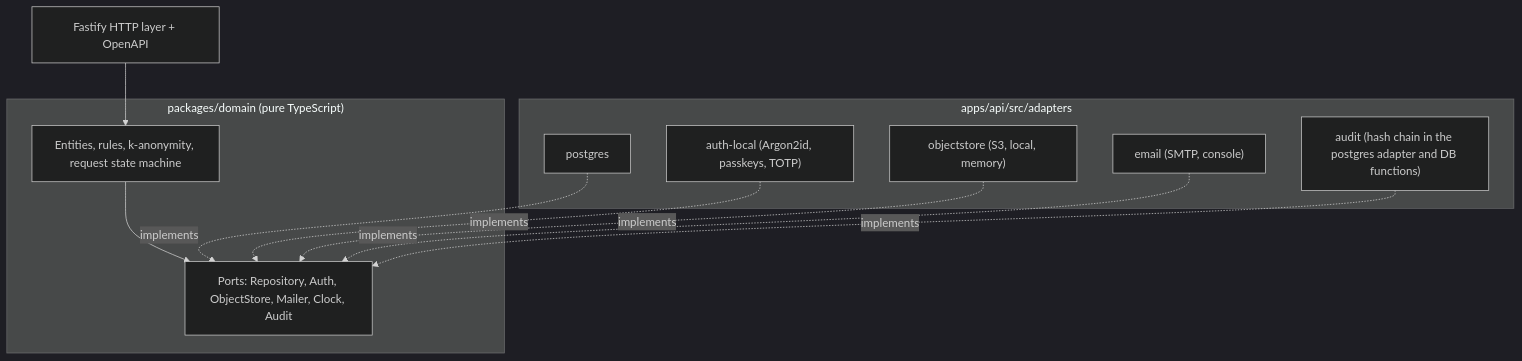
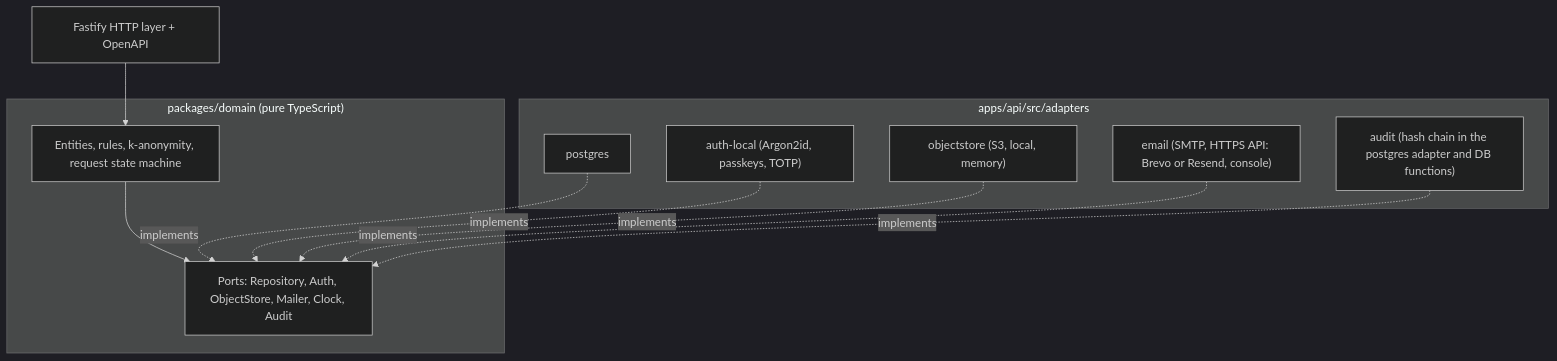
One commit to johnny882020/ARI-PST changed the second of 3 diagrams in docs/architecture.md. Above: the diagram before and after it, drawn with Mermaid (dark theme). The commit also changed 50 other files, not shown here.

First line of the commit message:
E-mail over HTTPS API, migration 0011 fix, step-up dialog, vocabulary grant, requirements validation and roadmap (#10)

````diff
--- a/docs/architecture.md
+++ b/docs/architecture.md
@@ -42,21 +42,21 @@
 ```mermaid
 flowchart TB
   subgraph Core["packages/domain (pure TypeScript)"]
     D["Entities, rules, k-anonymity, request state machine"]
     P["Ports: Repository, Auth, ObjectStore, Mailer, Clock, Audit"]
   end
   subgraph Adapters["apps/api/src/adapters"]
     PG["postgres"]
     AU["auth-local (Argon2id, passkeys, TOTP)"]
     S3["objectstore (S3, local, memory)"]
-    SM["email (SMTP, console)"]
+    SM["email (SMTP, HTTPS API: Brevo or Resend, console)"]
     AP["audit (hash chain in the postgres adapter and DB functions)"]
   end
   HTTP["Fastify HTTP layer + OpenAPI"] --> D
   D --> P
   PG -. implements .-> P
   AU -. implements .-> P
   S3 -. implements .-> P
   SM -. implements .-> P
   AP -. implements .-> P
 ```
````
